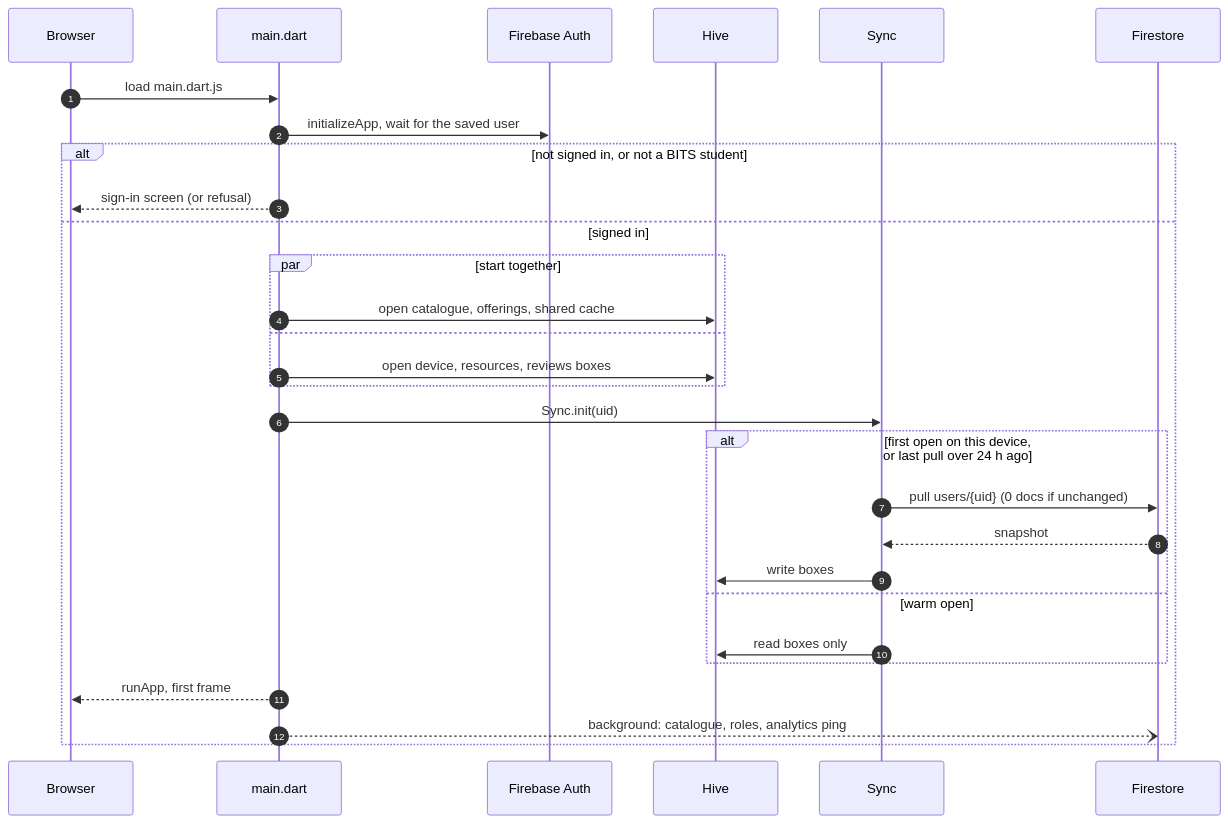
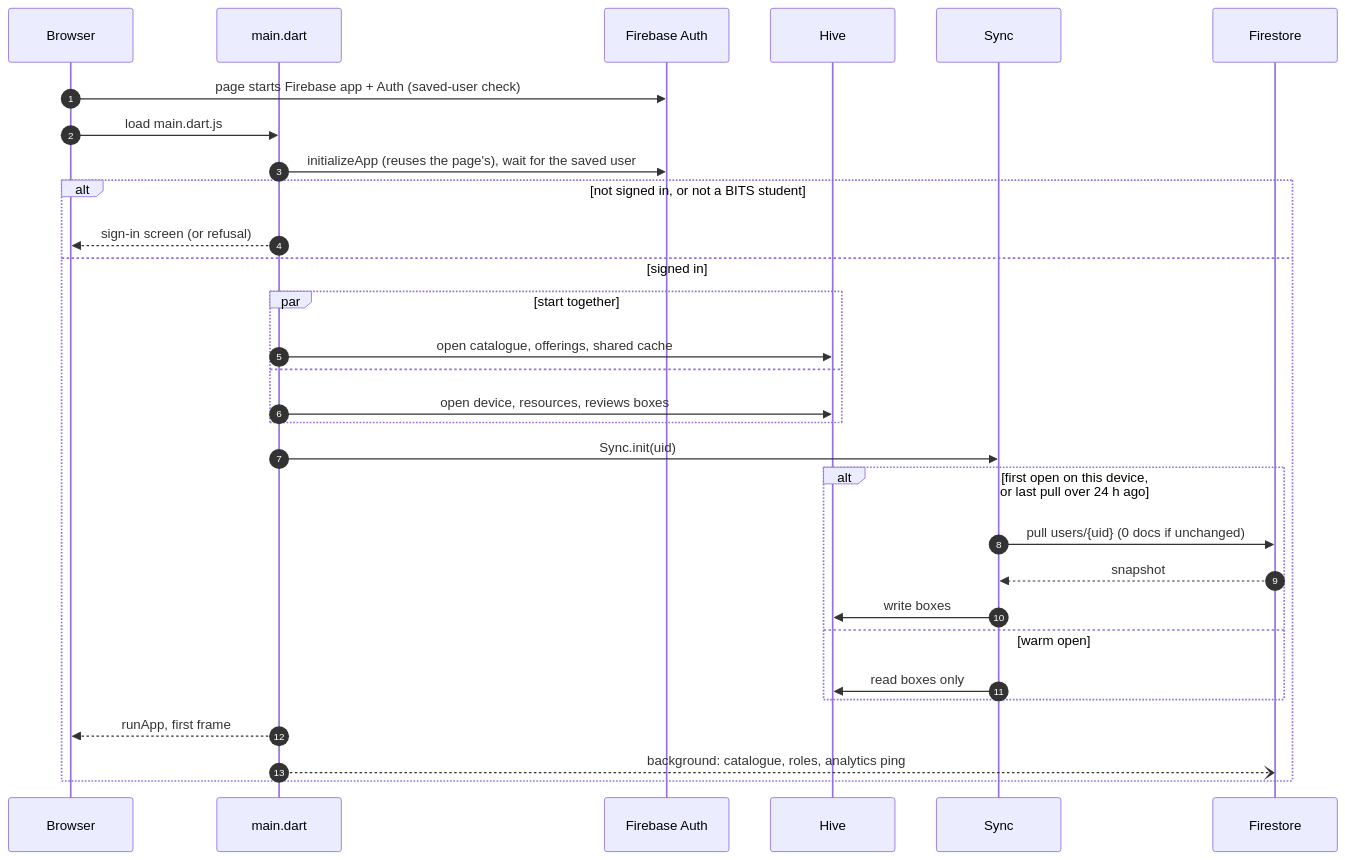
Before and after one commit to e-iotapi/CGPA_Calculator: the third of 10 diagrams in docs/ARCHITECTURE.md, drawn with Mermaid. The commit also changed other lines of this file and 2 other files, not shown here.

Commit message:
TM-12: the page starts Firebase sign-in before main.dart.js runs
On a repeat visit Firebase Auth re-checks the saved user with Google
(accounts:lookup; on phones the sign-in iframe first), and Home waits for
it. index.html now starts the app and Auth with the page; FlutterFire
reuses both. A test keeps the page's options equal to the Dart ones.

Claude-Session: https://claude.ai/code/session_01EXPYTySCjmuF9qBjhXATHm

````diff
--- a/docs/ARCHITECTURE.md
+++ b/docs/ARCHITECTURE.md
@@ -129,32 +130,33 @@
 ```mermaid
 sequenceDiagram
   autonumber
   participant B as Browser
   participant M as main.dart
   participant A as Firebase Auth
   participant H as Hive
   participant S as Sync
   participant F as Firestore
 
+  B->>A: page starts Firebase app + Auth (saved-user check)
   B->>M: load main.dart.js
-  M->>A: initializeApp, wait for the saved user
+  M->>A: initializeApp (reuses the page's), wait for the saved user
   alt not signed in, or not a BITS student
     M-->>B: sign-in screen (or refusal)
   else signed in
     par start together
       M->>H: open catalogue, offerings, shared cache
     and
       M->>H: open device, resources, reviews boxes
     end
     M->>S: Sync.init(uid)
     alt first open on this device, or last pull over 24 h ago
       S->>F: pull users/{uid} (0 docs if unchanged)
       F-->>S: snapshot
       S->>H: write boxes
     else warm open
       S->>H: read boxes only
     end
     M-->>B: runApp, first frame
     M--)F: background: catalogue, roles, analytics ping
   end
 ```
````
